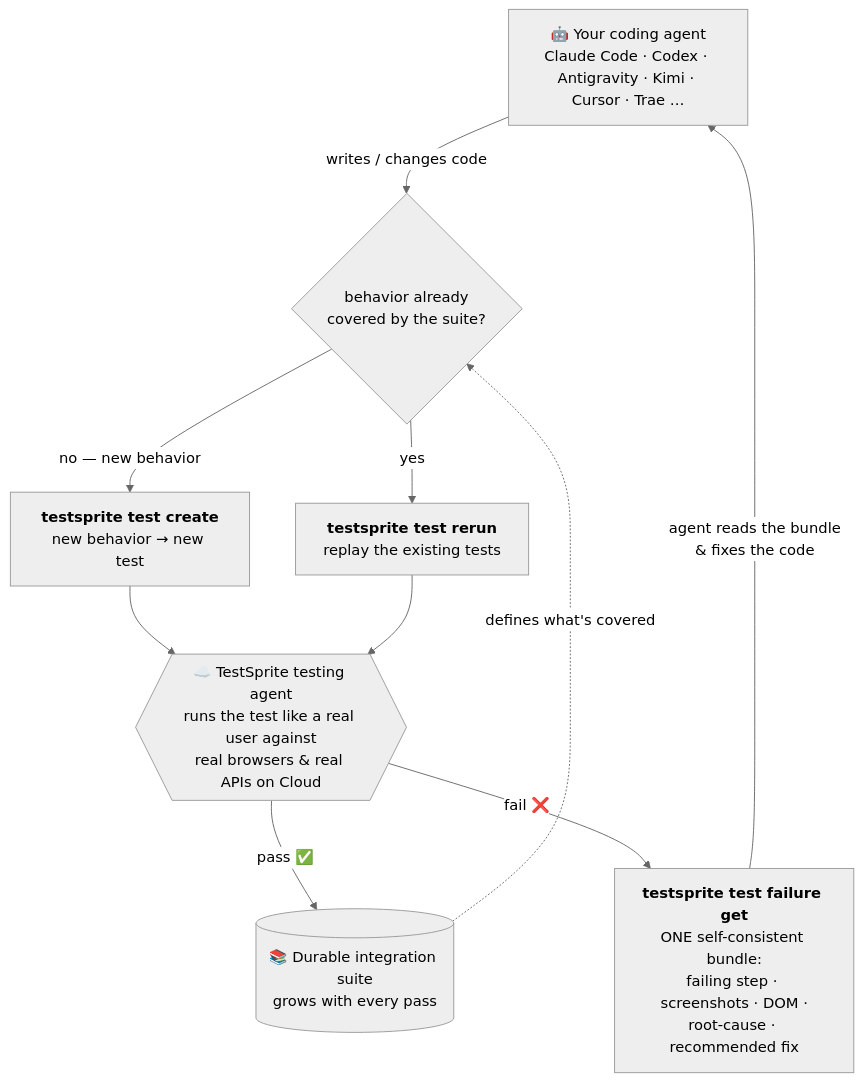
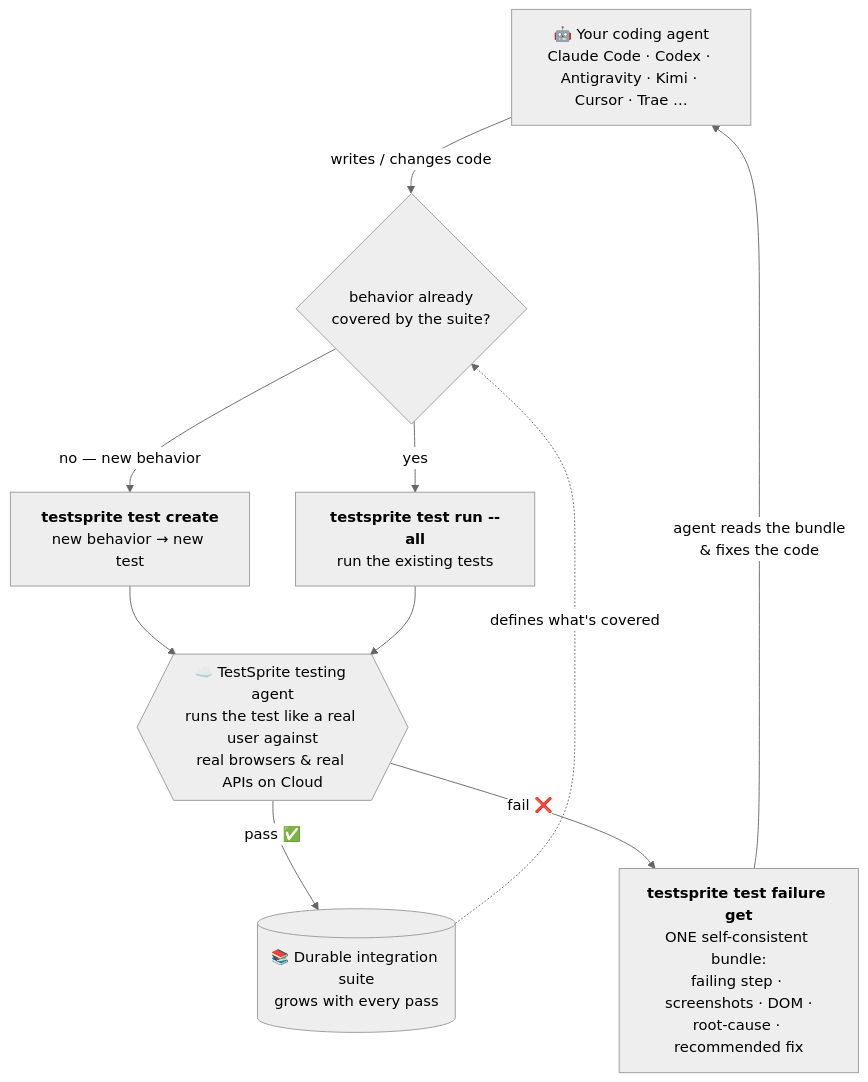
Before and after one commit to zqf20096327/ai_collect: the diagram in data/readmes/TestSprite__testsprite-cli.md, drawn with Mermaid (neutral theme). The commit also changed other lines of this file and 814 other files, not shown here.

````diff
--- a/data/readmes/TestSprite__testsprite-cli.md
+++ b/data/readmes/TestSprite__testsprite-cli.md
@@ -233,20 +241,20 @@
 ```mermaid
 flowchart TD
     A["🤖 Your coding agent<br/>Claude Code · Codex · Antigravity · Kimi · Cursor · Trae …"]
     D{"behavior already<br/>covered by the suite?"}
     B["<b>testsprite test create</b><br/>new behavior → new test"]
-    R["<b>testsprite test rerun</b><br/>replay the existing tests"]
+    R["<b>testsprite test run --all</b><br/>run the existing tests"]
     C{{"☁️ TestSprite testing agent<br/>runs the test like a real user against<br/>real browsers & real APIs on Cloud"}}
     F["<b>testsprite test failure get</b><br/>ONE self-consistent bundle:<br/>failing step · screenshots · DOM ·<br/>root-cause · recommended fix"]
     S[("📚 Durable integration suite<br/>grows with every pass")]
 
     A -->|"writes / changes code"| D
     D -->|"no — new behavior"| B
     D -->|"yes"| R
     B --> C
     R --> C
     C -->|"pass ✅"| S
     C -->|"fail ❌"| F
     F -->|"agent reads the bundle<br/>& fixes the code"| A
     S -.->|"defines what's covered"| D
 ```
````
